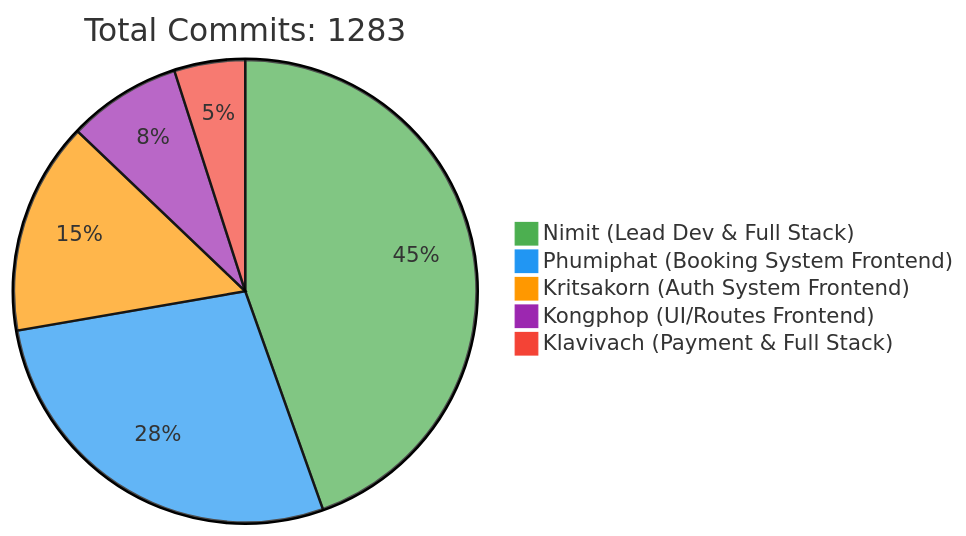
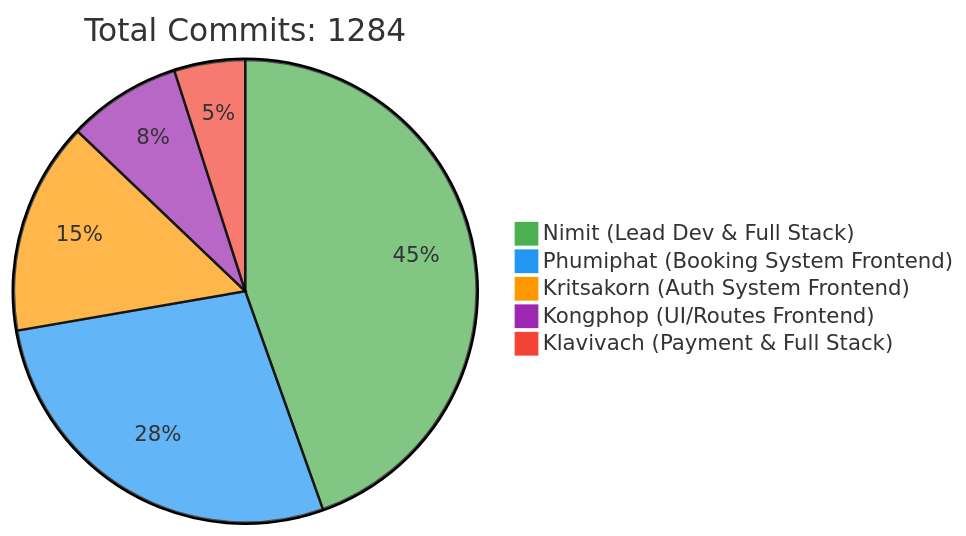
Before and after one commit to 6531503042/Sport-Complex: the first of 2 diagrams in README.md, drawn with Mermaid. The commit also changed other lines of this file, not shown here.

Commit message:
docs: Update contributor statistics [skip ci]

````diff
--- a/README.md
+++ b/README.md
@@ -257,10 +257,10 @@
 ```mermaid
 %%{init: {'theme': 'base', 'themeVariables': { 'pie1': '#4CAF50', 'pie2': '#2196F3', 'pie3': '#FF9800', 'pie4': '#9C27B0', 'pie5': '#F44336'}}}%%
 pie
-    title Total Commits: 1283
+    title Total Commits: 1284
     "Nimit (Lead Dev & Full Stack)" : 450
     "Phumiphat (Booking System Frontend)" : 280
     "Kritsakorn (Auth System Frontend)" : 150
     "Kongphop (UI/Routes Frontend)" : 80
     "Klavivach (Payment & Full Stack)" : 50
 ```
````
